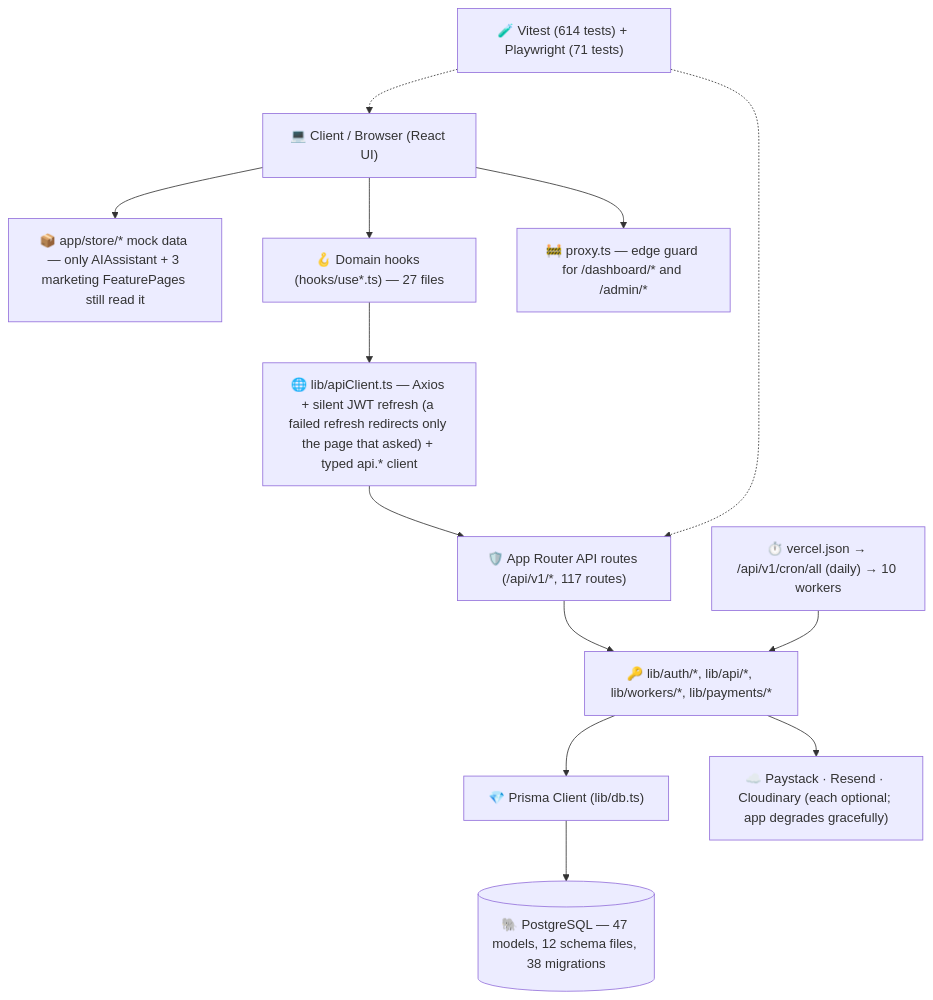
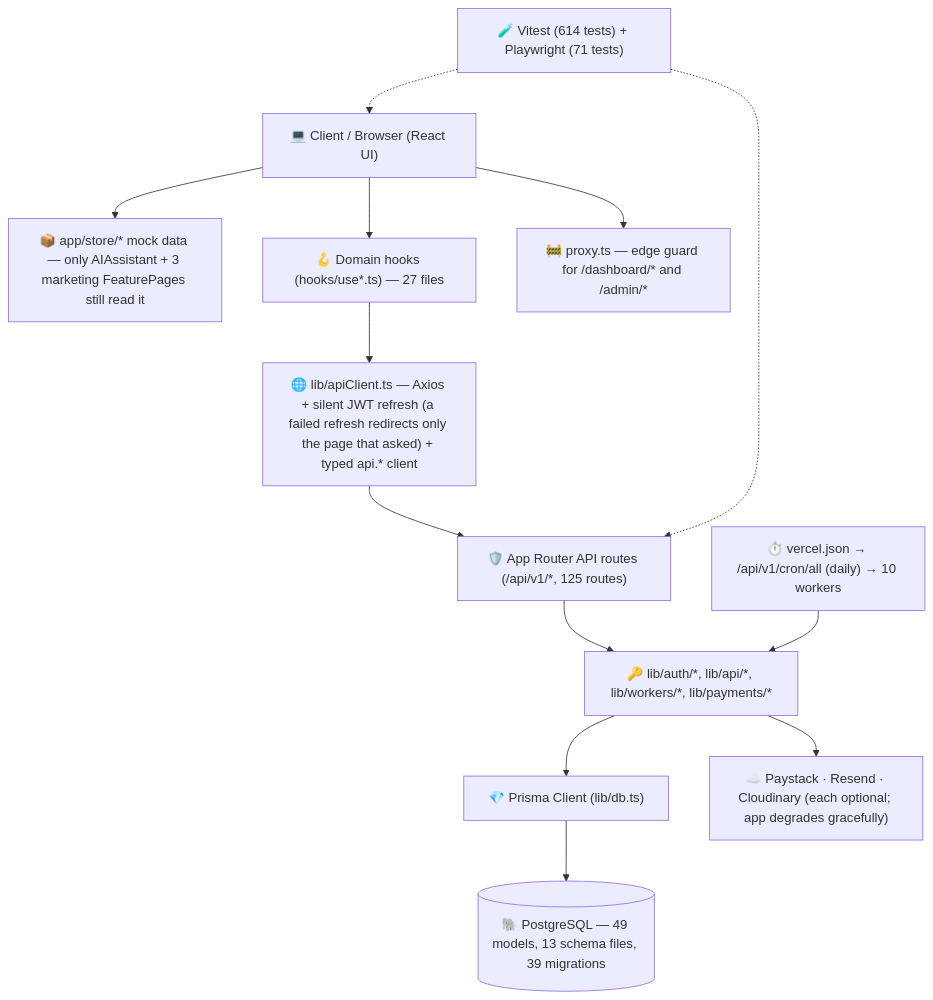
The diagram in PROJECT_STRUCTURE.md (Proplity/proplity), drawn with Mermaid before and after one commit. The commit also changed other lines of this file and 39 other files, not shown here.

````diff
--- a/PROJECT_STRUCTURE.md
+++ b/PROJECT_STRUCTURE.md
@@ -11,28 +11,28 @@
 ```mermaid
 graph TD
     Client["💻 Client / Browser (React UI)"]
     Store["📦 app/store/* mock data — only AIAssistant + 3 marketing FeaturePages still read it"]
     Hooks["🪝 Domain hooks (hooks/use*.ts) — 27 files"]
     ApiClient["🌐 lib/apiClient.ts — Axios + silent JWT refresh (a failed refresh redirects only the page that asked) + typed api.* client"]
     Proxy["🚧 proxy.ts — edge guard for /dashboard/* and /admin/*"]
-    NextApi["🛡️ App Router API routes (/api/v1/*, 117 routes)"]
+    NextApi["🛡️ App Router API routes (/api/v1/*, 125 routes)"]
     LibCore["🔑 lib/auth/*, lib/api/*, lib/workers/*, lib/payments/*"]
     PrismaClient["💎 Prisma Client (lib/db.ts)"]
-    Postgres[("🐘 PostgreSQL — 47 models, 12 schema files, 38 migrations")]
+    Postgres[("🐘 PostgreSQL — 49 models, 13 schema files, 39 migrations")]
     Cron["⏱️ vercel.json → /api/v1/cron/all (daily) → 10 workers"]
     Ext["☁️ Paystack · Resend · Cloudinary (each optional; app degrades gracefully)"]
     Tests["🧪 Vitest (614 tests) + Playwright (71 tests)"]
 
     Client --> Store
     Client --> Proxy
     Client --> Hooks
     Hooks --> ApiClient
     ApiClient --> NextApi
     NextApi --> LibCore
     LibCore --> PrismaClient
     LibCore --> Ext
     Cron --> LibCore
     PrismaClient --> Postgres
     Tests -.-> NextApi
     Tests -.-> Client
 ```
````
